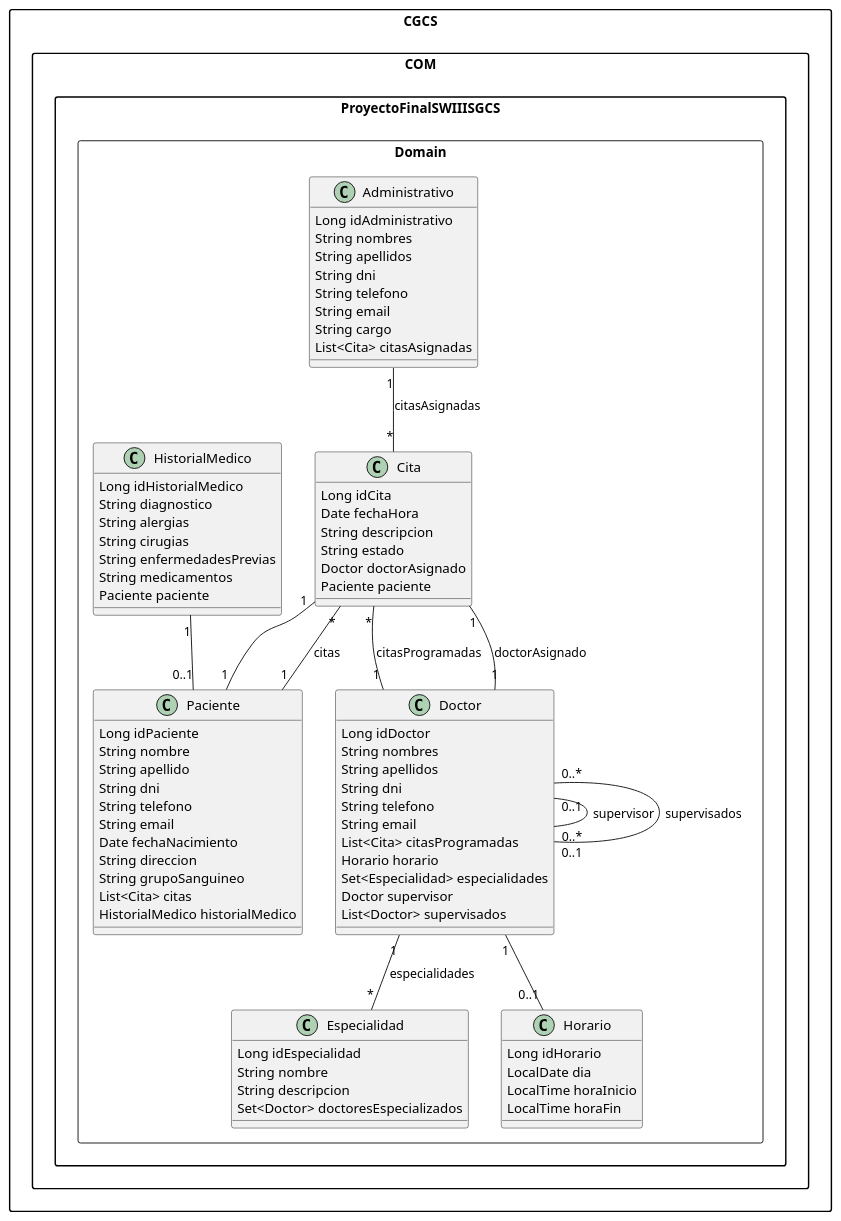
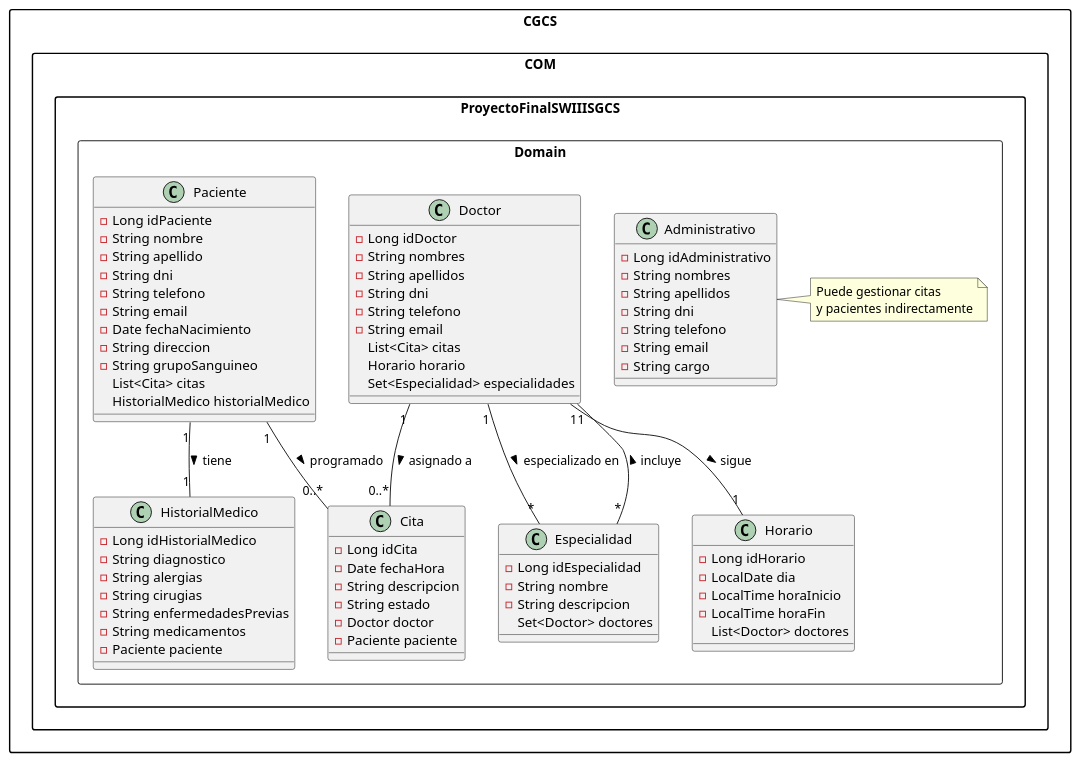
The diagram in src/main/java/CGCS/COM/ProyectoFinalSWIIISGCS/Digrama/DigramadeClases.puml (Jhonat20/ProyectoFinalSWIII-SGCS), drawn with PlantUML before and after one commit.

Commit message:
ACT.Diagrama de clases

```diff
--- a/src/main/java/CGCS/COM/ProyectoFinalSWIIISGCS/Digrama/DigramadeClases.puml
+++ b/src/main/java/CGCS/COM/ProyectoFinalSWIIISGCS/Digrama/DigramadeClases.puml
@@ -1,91 +1,85 @@
 @startuml
-
 skinparam packageStyle rectangle
 
 package CGCS.COM.ProyectoFinalSWIIISGCS.Domain <<Rectangle>> {
-    class Administrativo {
-        Long idAdministrativo
-        String nombres
-        String apellidos
-        String dni
-        String telefono
-        String email
-        String cargo
-        List<Cita> citasAsignadas
-    }
+class Administrativo {
+    -Long idAdministrativo
+    -String nombres
+    -String apellidos
+    -String dni
+    -String telefono
+    -String email
+    -String cargo
+}
 
-    class Cita {
-        Long idCita
-        Date fechaHora
-        String descripcion
-        String estado
-        Doctor doctorAsignado
-        Paciente paciente
-    }
+class Cita {
+    -Long idCita
+    -Date fechaHora
+    -String descripcion
+    -String estado
+    -Doctor doctor
+    -Paciente paciente
+}
 
-    class Doctor {
-        Long idDoctor
-        String nombres
-        String apellidos
-        String dni
-        String telefono
-        String email
-        List<Cita> citasProgramadas
-        Horario horario
-        Set<Especialidad> especialidades
-        Doctor supervisor
-        List<Doctor> supervisados
-    }
+class Doctor {
+    -Long idDoctor
+    -String nombres
+    -String apellidos
+    -String dni
+    -String telefono
+    -String email
+    List<Cita> citas
+    Horario horario
+    Set<Especialidad> especialidades
+}
 
-    class Especialidad {
-        Long idEspecialidad
-        String nombre
-        String descripcion
-        Set<Doctor> doctoresEspecializados
-    }
+class Especialidad {
+    -Long idEspecialidad
+    -String nombre
+    -String descripcion
+    Set<Doctor> doctores
+}
 
-    class HistorialMedico {
-        Long idHistorialMedico
-        String diagnostico
-        String alergias
-        String cirugias
-        String enfermedadesPrevias
-        String medicamentos
-        Paciente paciente
-    }
+class HistorialMedico {
+    -Long idHistorialMedico
+    -String diagnostico
+    -String alergias
+    -String cirugias
+    -String enfermedadesPrevias
+    -String medicamentos
+    -Paciente paciente
+}
 
-    class Horario {
-        Long idHorario
-        LocalDate dia
-        LocalTime horaInicio
-        LocalTime horaFin
-    }
+class Horario {
+    -Long idHorario
+    -LocalDate dia
+    -LocalTime horaInicio
+    -LocalTime horaFin
+    List<Doctor> doctores
+}
 
-    class Paciente {
-        Long idPaciente
-        String nombre
-        String apellido
-        String dni
-        String telefono
-        String email
-        Date fechaNacimiento
-        String direccion
-        String grupoSanguineo
-        List<Cita> citas
-        HistorialMedico historialMedico
-    }
+class Paciente {
+    -Long idPaciente
+    -String nombre
+    -String apellido
+    -String dni
+    -String telefono
+    -String email
+    -Date fechaNacimiento
+    -String direccion
+    -String grupoSanguineo
+    List<Cita> citas
+    HistorialMedico historialMedico
+}
 
-    Administrativo "1" -- "*" Cita : "citasAsignadas"
-    Cita "1" -- "1" Doctor : "doctorAsignado"
-    Cita "1" -- "1" Paciente
-    Doctor "1" -- "*" Cita : "citasProgramadas"
-    Doctor "1" -- "0..1" Horario
-    Doctor "1" -- "*" Especialidad : "especialidades"
-    Doctor "0..1" -- "0..*" Doctor : "supervisor"
-    Doctor "0..*" -- "0..1" Doctor : "supervisados"
-    HistorialMedico "1" -- "0..1" Paciente
-    Paciente "1" -- "*" Cita : "citas"
+Doctor "1" -- "0..*" Cita : asignado a >
+Paciente "1" -- "0..*" Cita : programado >
+Doctor "1" -- "*" Especialidad : especializado en >
+Especialidad "*" -- "1" Doctor : incluye >
+Paciente "1" -- "1" HistorialMedico : tiene >
+Doctor "1" -- "1" Horario : sigue >
+
+note right of Administrativo : Puede gestionar citas\ny pacientes indirectamente
 
 }
-
 @enduml
```
